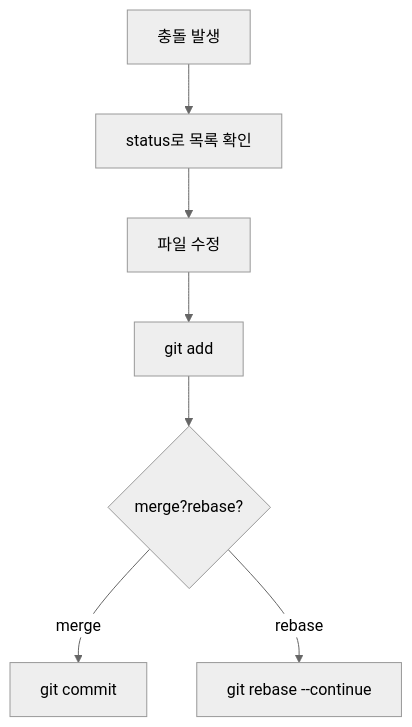
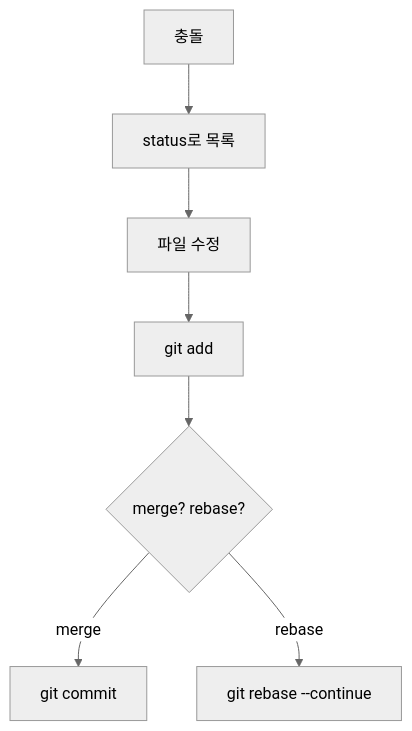
One commit to skycar321/learning-code changed the second of 5 diagrams in content/tools/git_cli/Step5_Git_Practical_Scenarios.md. Above: the diagram before and after it, drawn with Mermaid (neutral theme). The commit also changed other lines of this file and 39 other files, not shown here.

````diff
--- a/content/tools/git_cli/Step5_Git_Practical_Scenarios.md
+++ b/content/tools/git_cli/Step5_Git_Practical_Scenarios.md
@@ -53,9 +60,9 @@
 ```mermaid
 flowchart TD
-  A[충돌 발생] --> B[status로 목록 확인]
+  A[충돌] --> B[status로 목록]
   B --> C[파일 수정]
   C --> D[git add]
-  D --> E{merge?rebase?}
+  D --> E{merge? rebase?}
   E -->|merge| F[git commit]
   E -->|rebase| G[git rebase --continue]
 ```
````
